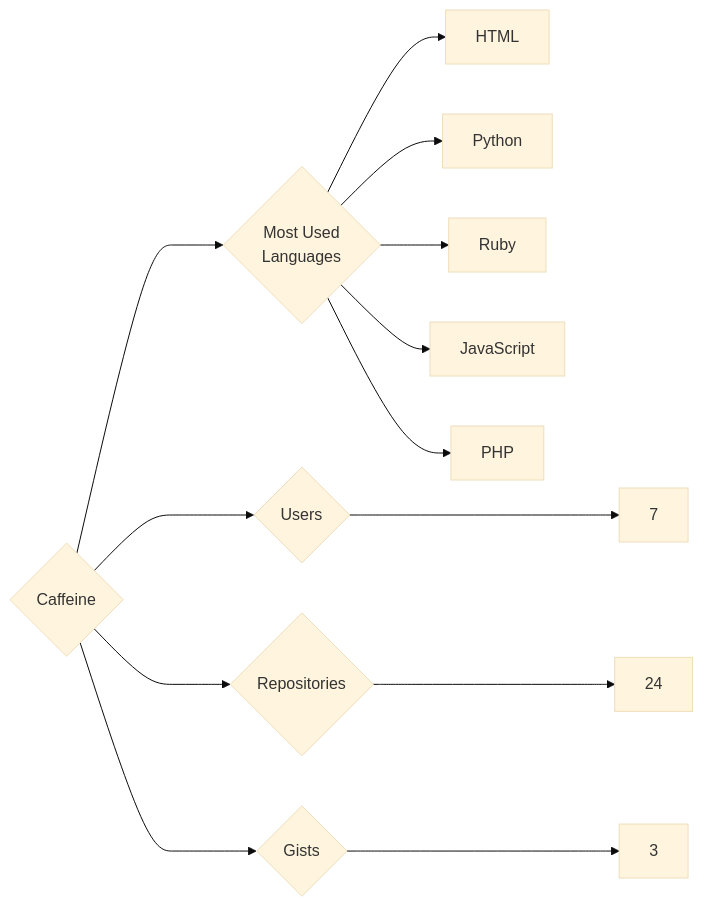
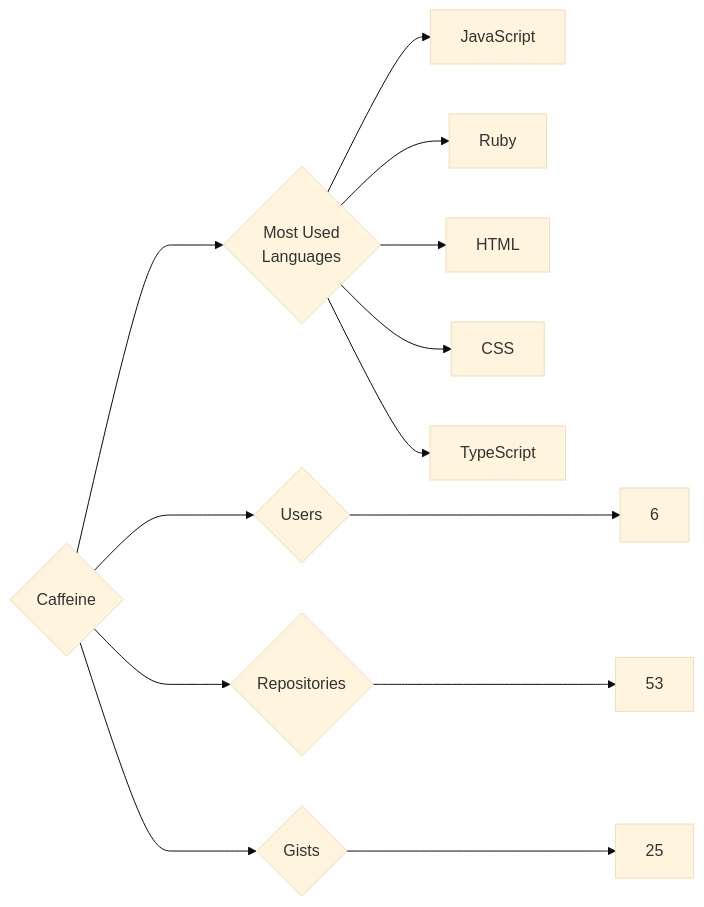
One commit to trickest/insiders changed the diagram in targets/Caffeine/README.md. Above: the diagram before and after it, drawn with Mermaid (base theme). The commit also changed 1141 other files, not shown here.

````diff
--- a/targets/Caffeine/README.md
+++ b/targets/Caffeine/README.md
@@ -3,13 +3,13 @@
 ```mermaid
 graph LR
 COMPANY_NAME{Caffeine}
-COMPANY_NAME ---> U{Users} ---> UN[7]
-COMPANY_NAME ---> R{Repositories} ---> RN[24]
-COMPANY_NAME ---> G{Gists} ---> GN[3]
+COMPANY_NAME ---> U{Users} ---> UN[6]
+COMPANY_NAME ---> R{Repositories} ---> RN[53]
+COMPANY_NAME ---> G{Gists} ---> GN[25]
 COMPANY_NAME ---> ML{Most Used<br>Languages}
+ML --> JavaScript[JavaScript]
+ML --> Ruby[Ruby]
 ML --> HTML[HTML]
-ML --> Python[Python]
-ML --> Ruby[Ruby]
-ML --> JavaScript[JavaScript]
-ML --> PHP[PHP]
+ML --> CSS[CSS]
+ML --> TypeScript[TypeScript]
 ```
````
